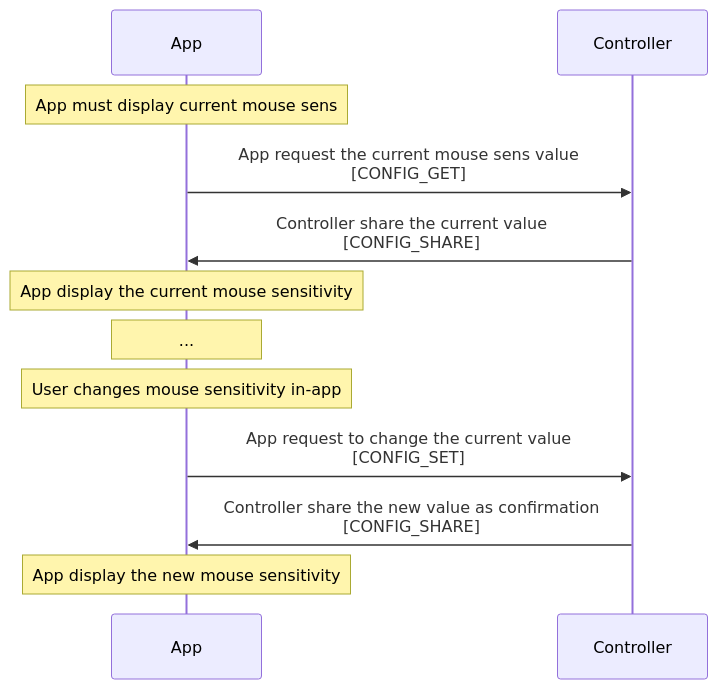
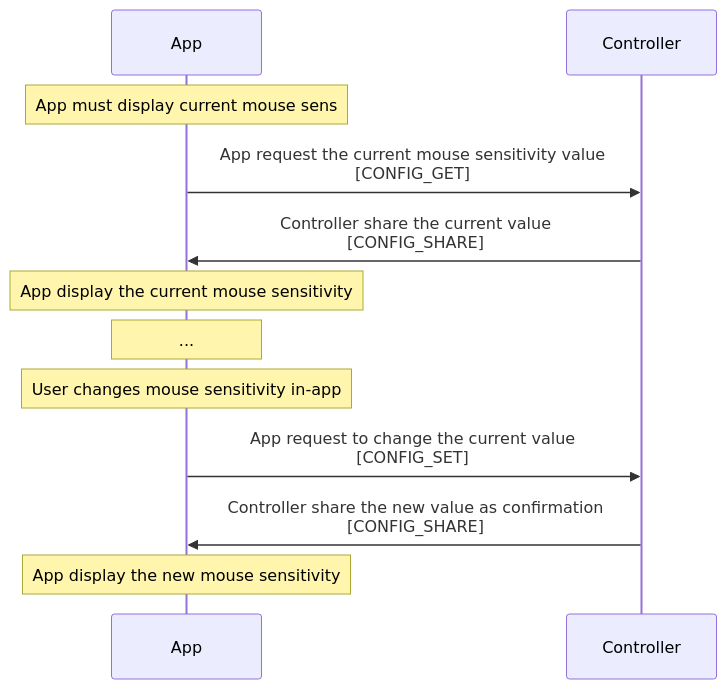
Before and after one commit to inputlabs/alpakka_firmware: the diagram in docs/ctrl_protocol.md, drawn with Mermaid. The commit also changed 22 other files, not shown here.

````diff
--- a/docs/ctrl_protocol.md
+++ b/docs/ctrl_protocol.md
@@ -202,14 +202,14 @@
 ```mermaid
 sequenceDiagram
     participant A as App
     participant C as Controller
     Note over A: App must display current mouse sens
-    A->>C: App request the current mouse sens value <br>[CONFIG_GET]
+    A->>C: App request the current mouse sensitivity value <br>[CONFIG_GET]
     C->>A: Controller share the current value <br>[CONFIG_SHARE]
     Note over A: App display the current mouse sensitivity
     Note over A: ...
     Note over A: User changes mouse sensitivity in-app
     A->>C: App request to change the current value <br>[CONFIG_SET]
     C->>A: Controller share the new value as confirmation <br>[CONFIG_SHARE]
     Note over A: App display the new mouse sensitivity
 ```
````
